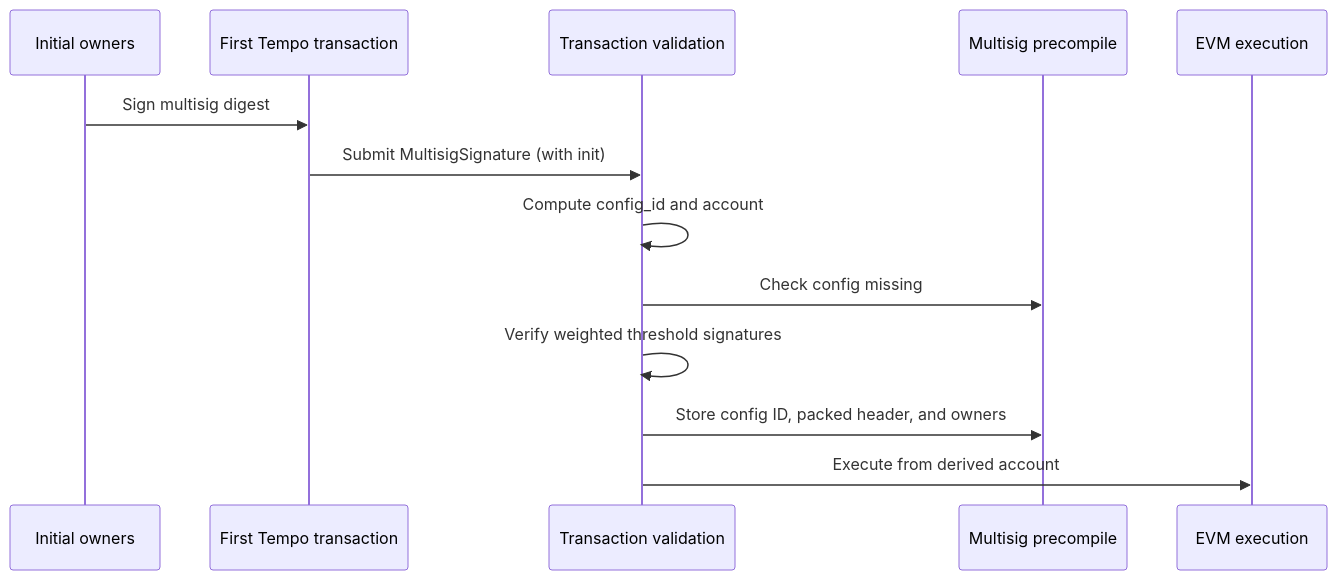
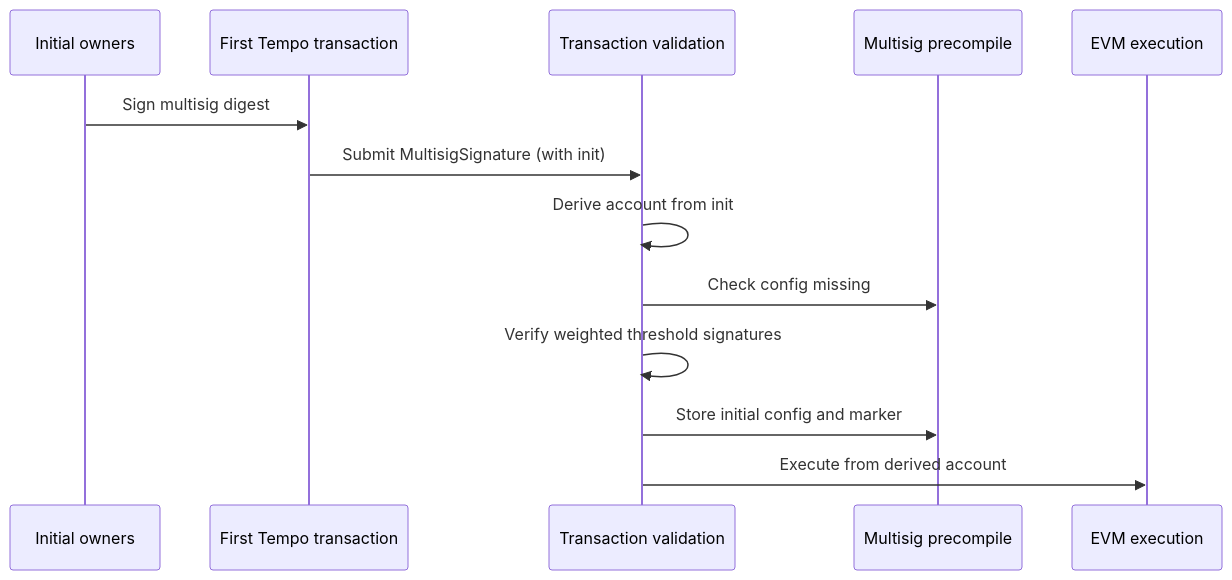
The first of 2 diagrams in tips/tip-1061.md (tempoxyz/tempo), drawn with Mermaid before and after one commit. The commit also changed other lines of this file, not shown here.

````diff
--- a/tips/tip-1061.md
+++ b/tips/tip-1061.md
@@ -478,16 +450,16 @@
 ```mermaid
 sequenceDiagram
   participant Owners as Initial owners
   participant Tx as First Tempo transaction
   participant Protocol as Transaction validation
   participant MS as Multisig precompile
   participant EVM as EVM execution
 
   Owners->>Tx: Sign multisig digest
   Tx->>Protocol: Submit MultisigSignature (with init)
-  Protocol->>Protocol: Compute config_id and account
+  Protocol->>Protocol: Derive account from init
   Protocol->>MS: Check config missing
   Protocol->>Protocol: Verify weighted threshold signatures
-  Protocol->>MS: Store config ID, packed header, and owners
+  Protocol->>MS: Store initial config and marker
   Protocol->>EVM: Execute from derived account
 ```
````
